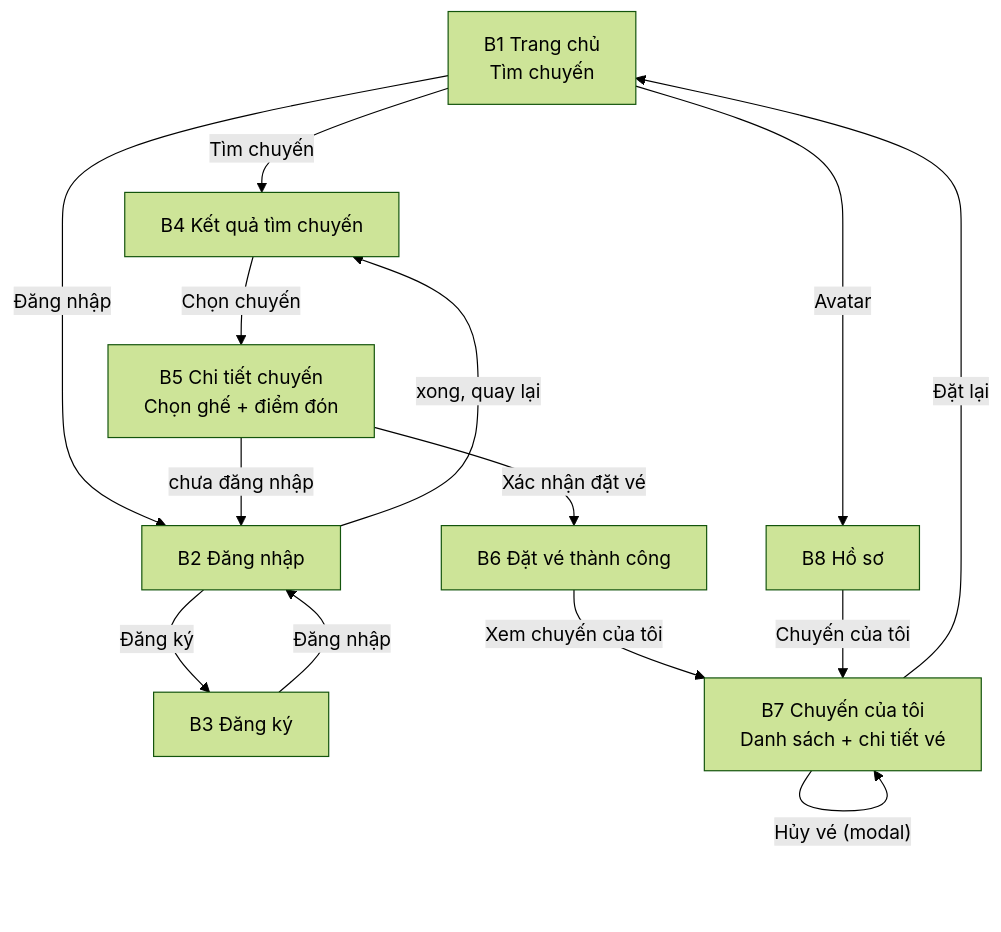
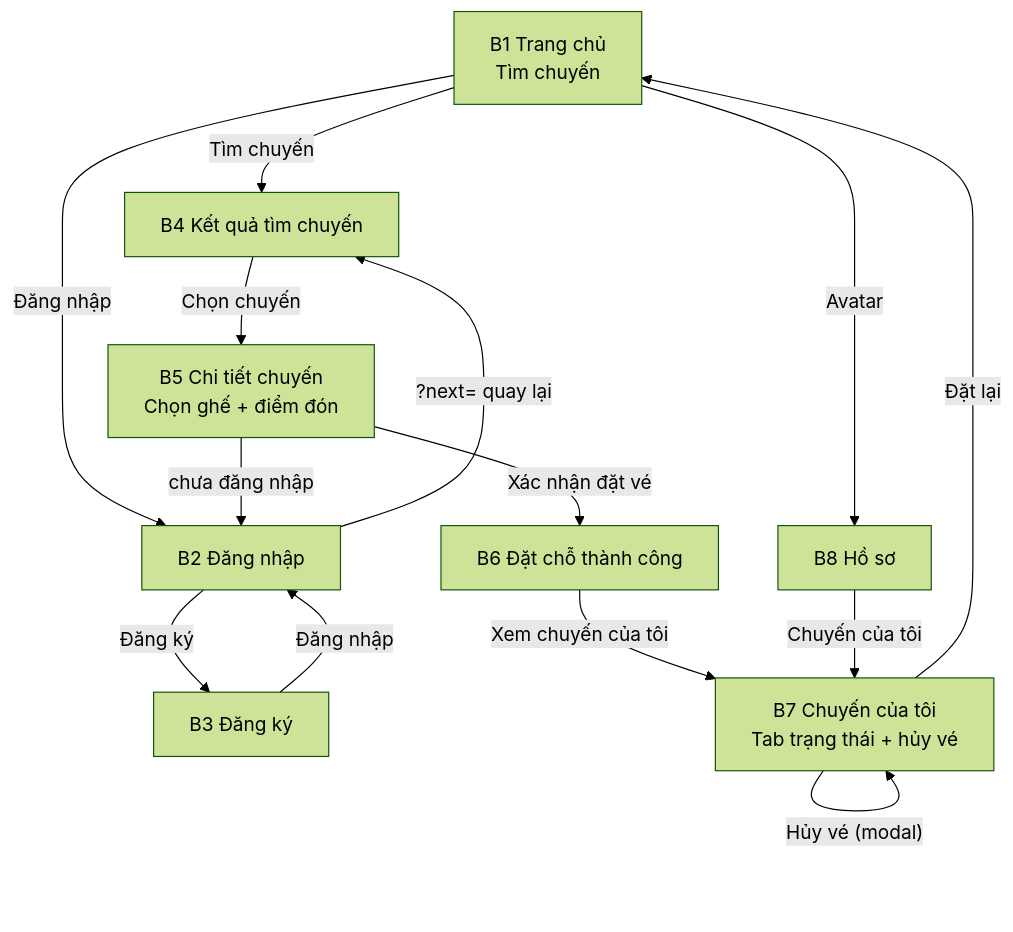
One commit to helloworld-cmyk/design changed the diagram in .agents/plans/01-khach-hang.md. Above: the diagram before and after it, drawn with Mermaid (forest theme). The commit also changed other lines of this file and 7 other files, not shown here.

````diff
--- a/.agents/plans/01-khach-hang.md
+++ b/.agents/plans/01-khach-hang.md
@@ -164,25 +167,25 @@
 ```mermaid
 flowchart TD
     HOME["B1 Trang chủ<br/>Tìm chuyến"]
     LOGIN["B2 Đăng nhập"]
     REG["B3 Đăng ký"]
     KQ["B4 Kết quả tìm chuyến"]
     CT["B5 Chi tiết chuyến<br/>Chọn ghế + điểm đón"]
-    OK["B6 Đặt vé thành công"]
-    MY["B7 Chuyến của tôi<br/>Danh sách + chi tiết vé"]
+    OK["B6 Đặt chỗ thành công"]
+    MY["B7 Chuyến của tôi<br/>Tab trạng thái + hủy vé"]
     HS["B8 Hồ sơ"]
 
     HOME -- "Tìm chuyến" --> KQ
     HOME -- "Đăng nhập" --> LOGIN
     LOGIN -- "Đăng ký" --> REG
     REG -- "Đăng nhập" --> LOGIN
-    LOGIN -- "xong, quay lại" --> KQ
+    LOGIN -- "?next= quay lại" --> KQ
     KQ -- "Chọn chuyến" --> CT
     CT -- "chưa đăng nhập" --> LOGIN
     CT -- "Xác nhận đặt vé" --> OK
     OK -- "Xem chuyến của tôi" --> MY
     MY -- "Hủy vé (modal)" --> MY
     MY -- "Đặt lại" --> HOME
     HOME -- "Avatar" --> HS
     HS -- "Chuyến của tôi" --> MY
 ```
````
